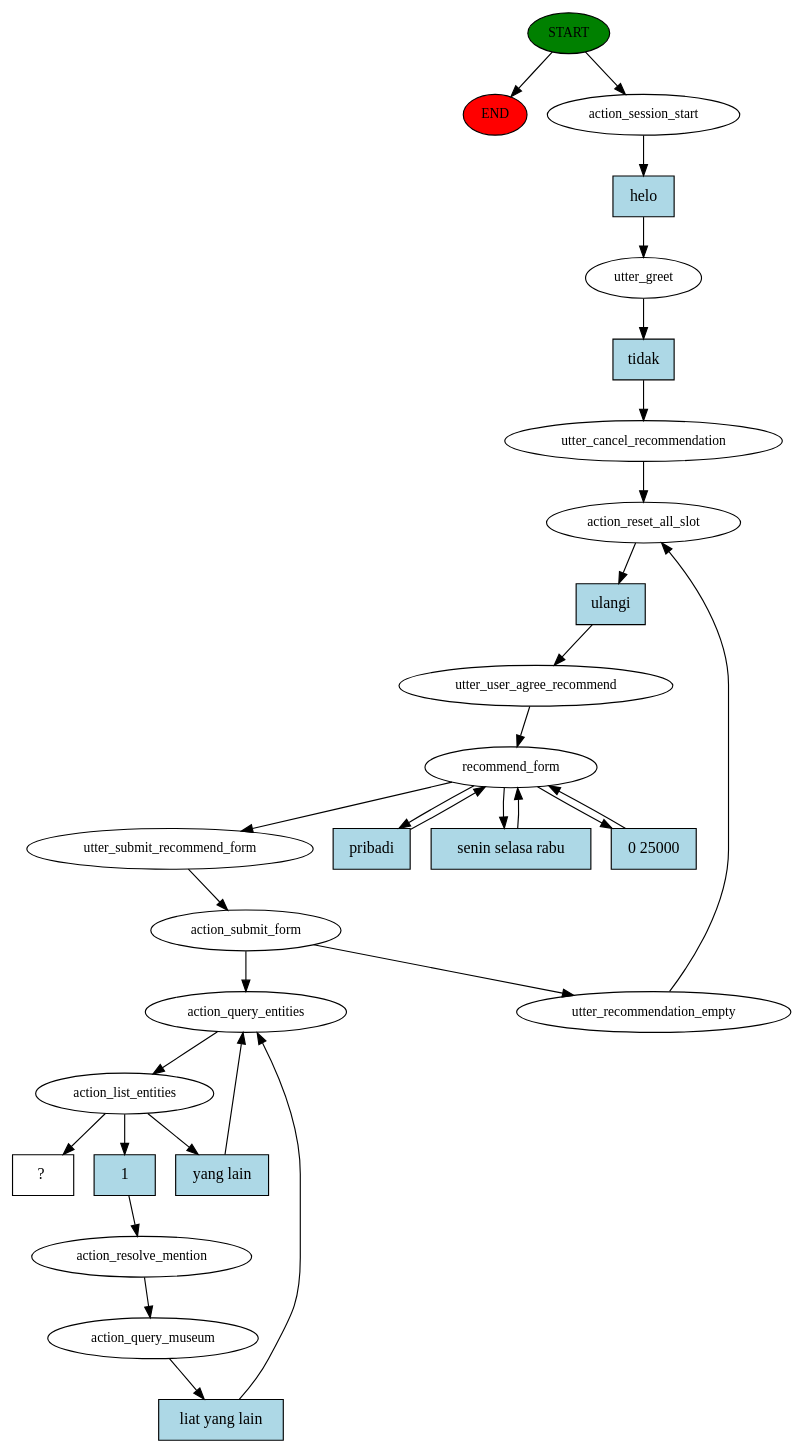
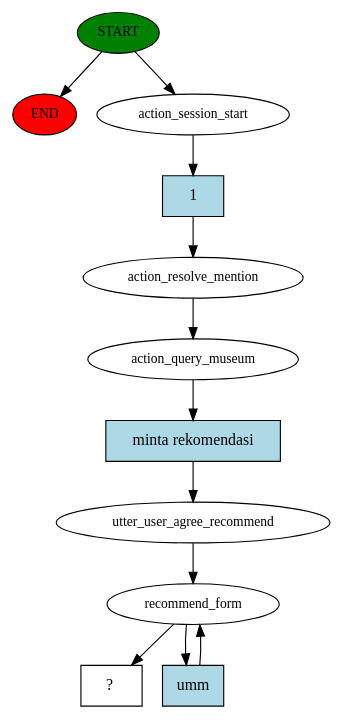
One commit to reykim7124/chatbot_recsys_museum changed the diagram in story_graph.dot. Above: the diagram before and after it, drawn with Graphviz. The commit also changed 2 other files, not shown here.

Commit message:
able to show museum information

```diff
--- a/story_graph.dot
+++ b/story_graph.dot
@@ -1,57 +1,24 @@
 digraph  {
 0 [class="start active", fillcolor=green, fontsize=12, label=START, style=filled];
 "-1" [class=end, fillcolor=red, fontsize=12, label=END, style=filled];
 1 [class=active, fontsize=12, label=action_session_start];
-2 [class=active, fontsize=12, label=utter_greet];
-3 [class=active, fontsize=12, label=utter_cancel_recommendation];
-4 [class=active, fontsize=12, label=action_reset_all_slot];
-5 [class=active, fontsize=12, label=utter_user_agree_recommend];
-6 [class=active, fontsize=12, label=recommend_form];
-10 [class=active, fontsize=12, label=utter_submit_recommend_form];
-11 [class=active, fontsize=12, label=action_submit_form];
-12 [class=active, fontsize=12, label=utter_recommendation_empty];
-21 [class=active, fontsize=12, label=action_query_entities];
-22 [class=active, fontsize=12, label=action_list_entities];
-25 [class=active, fontsize=12, label=action_resolve_mention];
-26 [class=active, fontsize=12, label=action_query_museum];
-29 [class="intent dashed active", label="  ?  ", shape=rect];
-30 [class="intent active", fillcolor=lightblue, label=helo, shape=rect, style=filled];
-31 [class="intent active", fillcolor=lightblue, label=tidak, shape=rect, style=filled];
-32 [class="intent active", fillcolor=lightblue, label=ulangi, shape=rect, style=filled];
-33 [class="intent active", fillcolor=lightblue, label=pribadi, shape=rect, style=filled];
-34 [class="intent active", fillcolor=lightblue, label="senin selasa rabu", shape=rect, style=filled];
-35 [class="intent active", fillcolor=lightblue, label="0 25000", shape=rect, style=filled];
-36 [class="intent active", fillcolor=lightblue, label="yang lain", shape=rect, style=filled];
-37 [class="intent active", fillcolor=lightblue, label=1, shape=rect, style=filled];
-38 [class="intent active", fillcolor=lightblue, label="liat yang lain", shape=rect, style=filled];
+2 [class=active, fontsize=12, label=action_resolve_mention];
+3 [class=active, fontsize=12, label=action_query_museum];
+4 [class=active, fontsize=12, label=utter_user_agree_recommend];
+5 [class=active, fontsize=12, label=recommend_form];
+7 [class="intent dashed active", label="  ?  ", shape=rect];
+8 [class="intent active", fillcolor=lightblue, label=1, shape=rect, style=filled];
+9 [class="intent active", fillcolor=lightblue, label="minta rekomendasi", shape=rect, style=filled];
+10 [class="intent active", fillcolor=lightblue, label=umm, shape=rect, style=filled];
 0 -> "-1"  [class="", key=NONE, label=""];
 0 -> 1  [class=active, key=NONE, label=""];
-1 -> 30  [class=active, key=0];
-2 -> 31  [class=active, key=0];
-3 -> 4  [class=active, key=NONE, label=""];
-4 -> 32  [class=active, key=0];
-5 -> 6  [class=active, key=NONE, label=""];
-6 -> 10  [class=active, key=NONE, label=""];
-6 -> 33  [class=active, key=0];
-6 -> 34  [class=active, key=0];
-6 -> 35  [class=active, key=0];
-10 -> 11  [class=active, key=NONE, label=""];
-11 -> 12  [class=active, key=NONE, label=""];
-11 -> 21  [class=active, key=NONE, label=""];
-12 -> 4  [class=active, key=NONE, label=""];
-21 -> 22  [class=active, key=NONE, label=""];
-22 -> 29  [class=active, key=NONE, label=""];
-22 -> 36  [class=active, key=0];
-22 -> 37  [class=active, key=0];
-25 -> 26  [class=active, key=NONE, label=""];
-26 -> 38  [class=active, key=0];
-30 -> 2  [class=active, key=0];
-31 -> 3  [class=active, key=0];
-32 -> 5  [class=active, key=0];
-33 -> 6  [class=active, key=0];
-34 -> 6  [class=active, key=0];
-35 -> 6  [class=active, key=0];
-36 -> 21  [class=active, key=0];
-37 -> 25  [class=active, key=0];
-38 -> 21  [class=active, key=0];
+1 -> 8  [class=active, key=0];
+2 -> 3  [class=active, key=NONE, label=""];
+3 -> 9  [class=active, key=0];
+4 -> 5  [class=active, key=NONE, label=""];
+5 -> 7  [class=active, key=NONE, label=""];
+5 -> 10  [class=active, key=0];
+8 -> 2  [class=active, key=0];
+9 -> 4  [class=active, key=0];
+10 -> 5  [class=active, key=0];
 }
```
